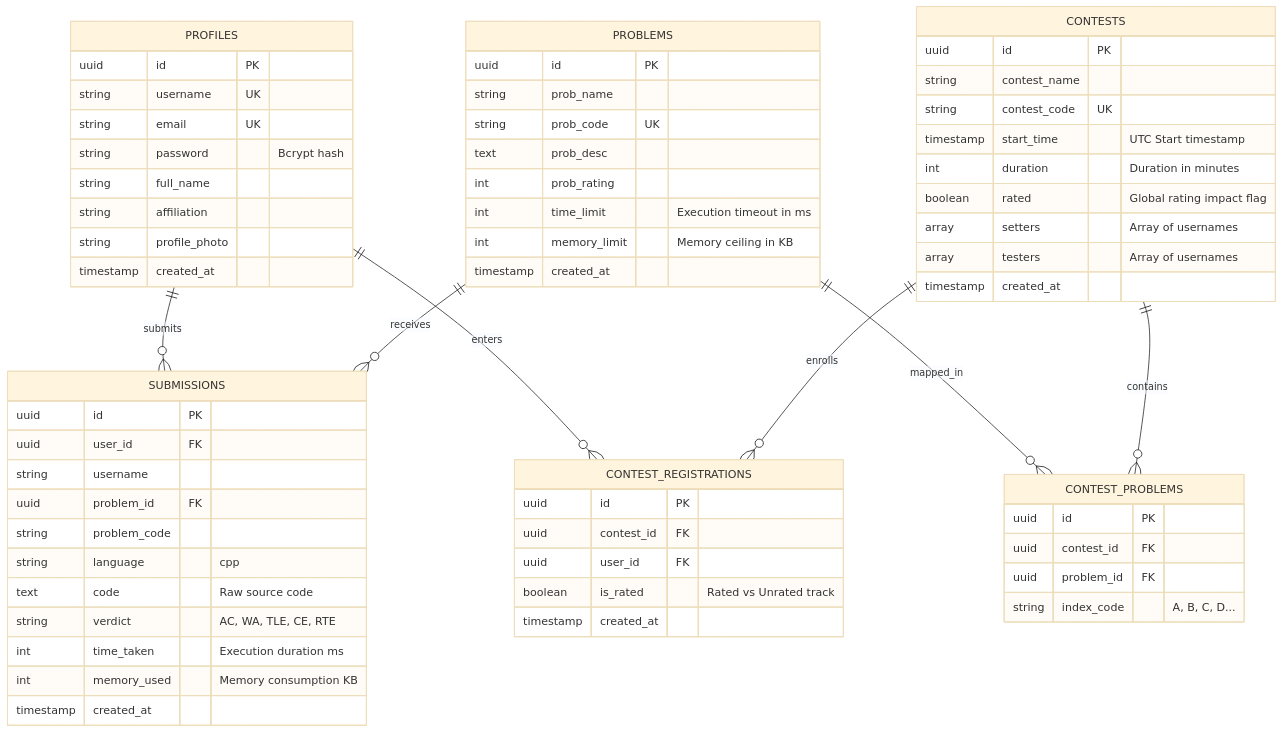
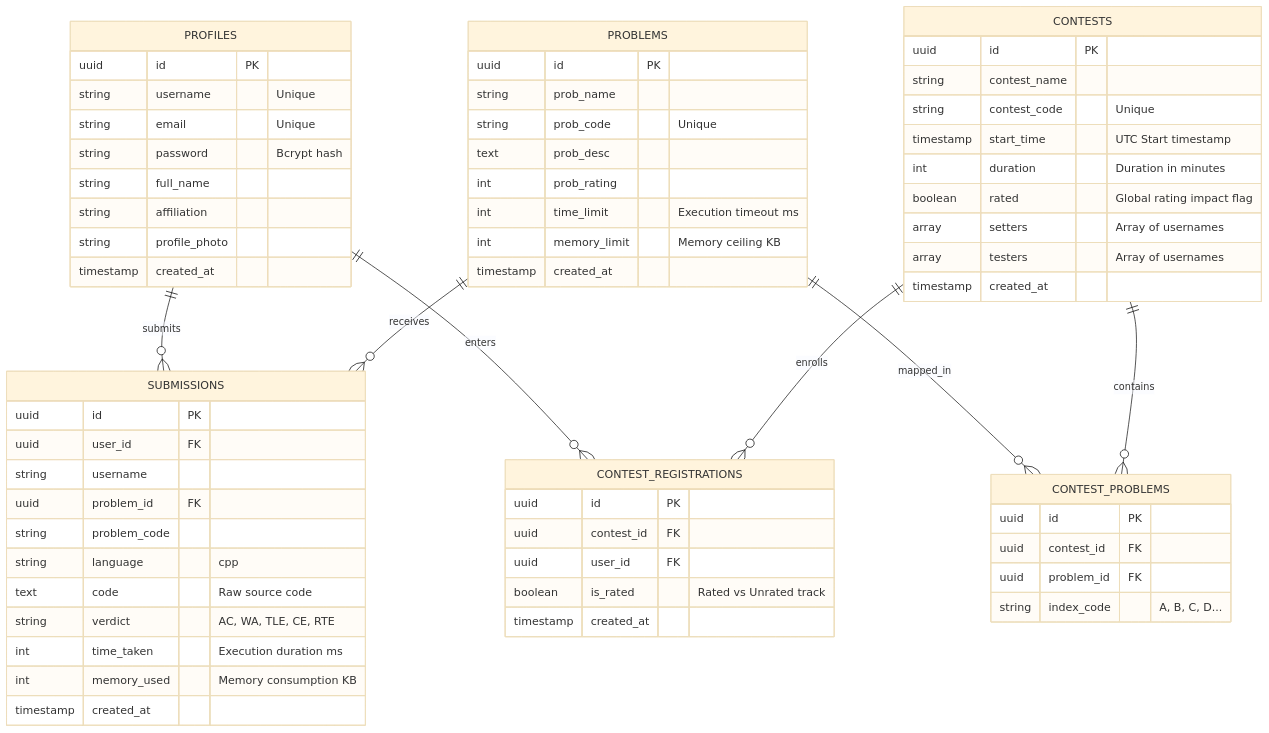
The fifth of 5 diagrams in docs/SYSTEM_ARCHITECTURE_DETAILED.md (Master-Bruce-Wayne/Code-It-Up), drawn with Mermaid (base theme) before and after one commit. The commit also changed other lines of this file and 2 other files, not shown here.

Commit message:
fix(docs): resolve Mermaid diagram preview rendering errors across all documentation

````diff
--- a/docs/SYSTEM_ARCHITECTURE_DETAILED.md
+++ b/docs/SYSTEM_ARCHITECTURE_DETAILED.md
@@ -404,72 +417,72 @@
 ```mermaid
 erDiagram
     PROFILES ||--o{ SUBMISSIONS : submits
     PROFILES ||--o{ CONTEST_REGISTRATIONS : enters
     PROBLEMS ||--o{ SUBMISSIONS : receives
     PROBLEMS ||--o{ CONTEST_PROBLEMS : mapped_in
     CONTESTS ||--o{ CONTEST_PROBLEMS : contains
     CONTESTS ||--o{ CONTEST_REGISTRATIONS : enrolls
 
     PROFILES {
         uuid id PK
-        string username UK
-        string email UK
+        string username "Unique"
+        string email "Unique"
         string password "Bcrypt hash"
         string full_name
         string affiliation
         string profile_photo
         timestamp created_at
     }
 
     PROBLEMS {
         uuid id PK
         string prob_name
-        string prob_code UK
+        string prob_code "Unique"
         text prob_desc
         int prob_rating
-        int time_limit "Execution timeout in ms"
-        int memory_limit "Memory ceiling in KB"
+        int time_limit "Execution timeout ms"
+        int memory_limit "Memory ceiling KB"
         timestamp created_at
     }
 
     CONTESTS {
         uuid id PK
         string contest_name
-        string contest_code UK
+        string contest_code "Unique"
         timestamp start_time "UTC Start timestamp"
         int duration "Duration in minutes"
         boolean rated "Global rating impact flag"
         array setters "Array of usernames"
         array testers "Array of usernames"
         timestamp created_at
     }
 
     CONTEST_PROBLEMS {
         uuid id PK
         uuid contest_id FK
         uuid problem_id FK
         string index_code "A, B, C, D..."
     }
 
     CONTEST_REGISTRATIONS {
         uuid id PK
         uuid contest_id FK
         uuid user_id FK
         boolean is_rated "Rated vs Unrated track"
         timestamp created_at
     }
 
     SUBMISSIONS {
         uuid id PK
         uuid user_id FK
         string username
         uuid problem_id FK
         string problem_code
         string language "cpp"
         text code "Raw source code"
         string verdict "AC, WA, TLE, CE, RTE"
         int time_taken "Execution duration ms"
         int memory_used "Memory consumption KB"
         timestamp created_at
     }
 ```
````
